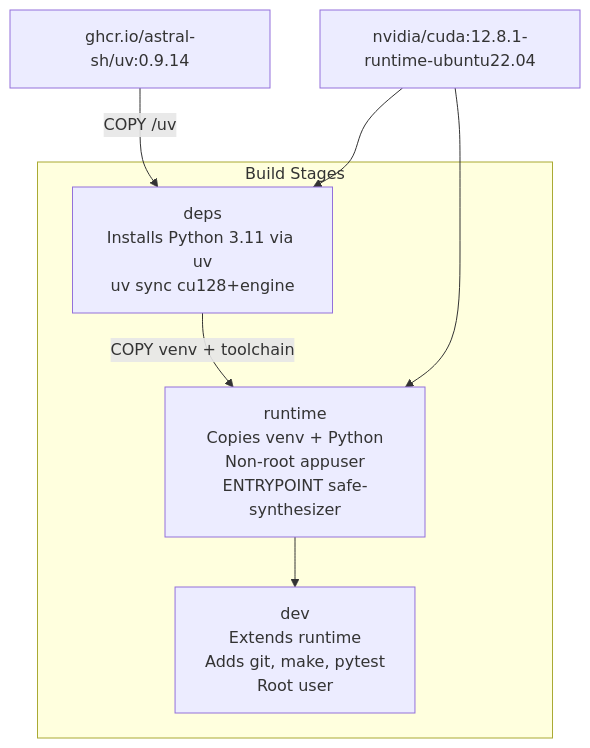
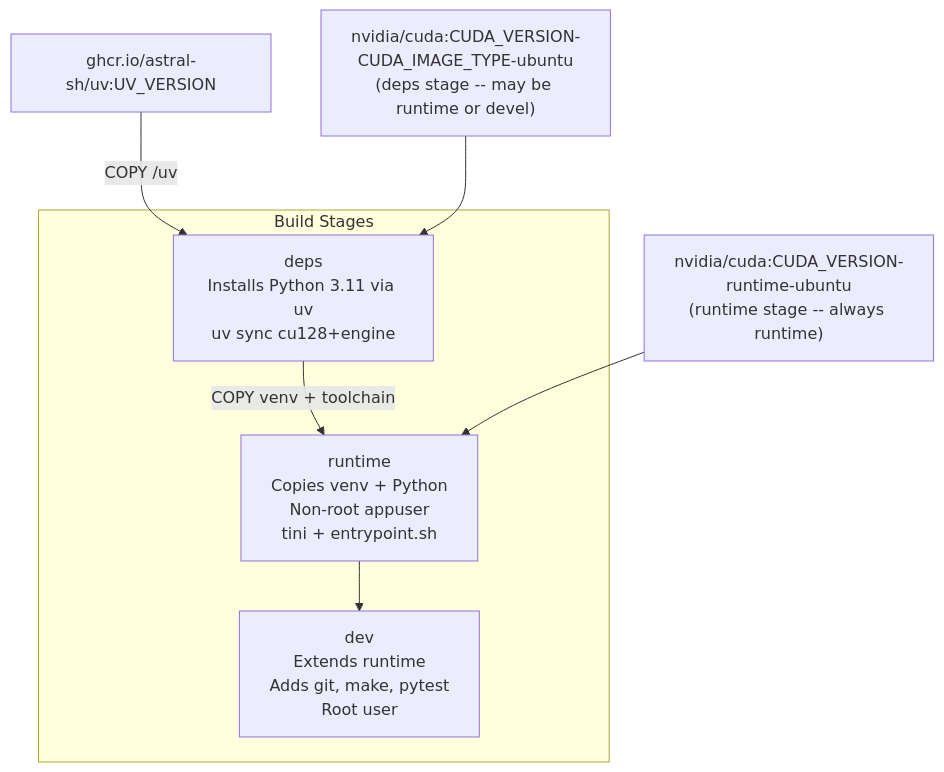
The diagram in docs/developer-guide/docker.md (NVIDIA-NeMo/Safe-Synthesizer), drawn with Mermaid before and after one commit. The commit also changed other lines of this file and 9 other files, not shown here.

````diff
--- a/docs/developer-guide/docker.md
+++ b/docs/developer-guide/docker.md
@@ -19,17 +19,18 @@
 ```mermaid
 flowchart TD
-    uvImage["ghcr.io/astral-sh/uv:0.9.14"]
-    cudaBase["nvidia/cuda:12.8.1-runtime-ubuntu22.04"]
+    uvImage["ghcr.io/astral-sh/uv:UV_VERSION"]
+    cudaBuild["nvidia/cuda:CUDA_VERSION-CUDA_IMAGE_TYPE-ubuntu\n(deps stage -- may be runtime or devel)"]
+    cudaRuntime["nvidia/cuda:CUDA_VERSION-runtime-ubuntu\n(runtime stage -- always runtime)"]
 
     subgraph stages [Build Stages]
         deps["deps\nInstalls Python 3.11 via uv\nuv sync cu128+engine"]
-        runtime["runtime\nCopies venv + Python\nNon-root appuser\nENTRYPOINT safe-synthesizer"]
+        runtime["runtime\nCopies venv + Python\nNon-root appuser\ntini + entrypoint.sh"]
         dev["dev\nExtends runtime\nAdds git, make, pytest\nRoot user"]
     end
 
     uvImage -->|"COPY /uv"| deps
-    cudaBase --> deps
+    cudaBuild --> deps
     deps -->|"COPY venv + toolchain"| runtime
-    cudaBase --> runtime
+    cudaRuntime --> runtime
     runtime --> dev
 ```
````
